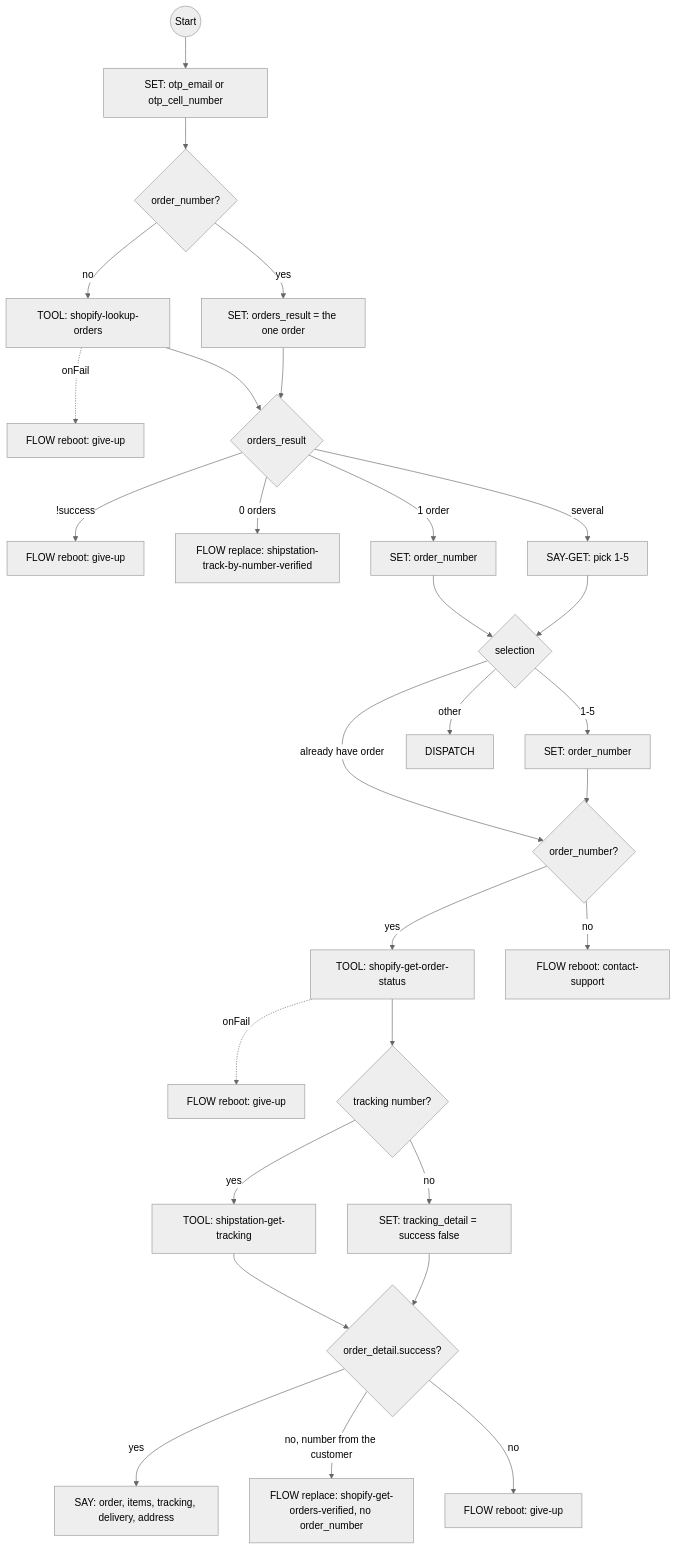
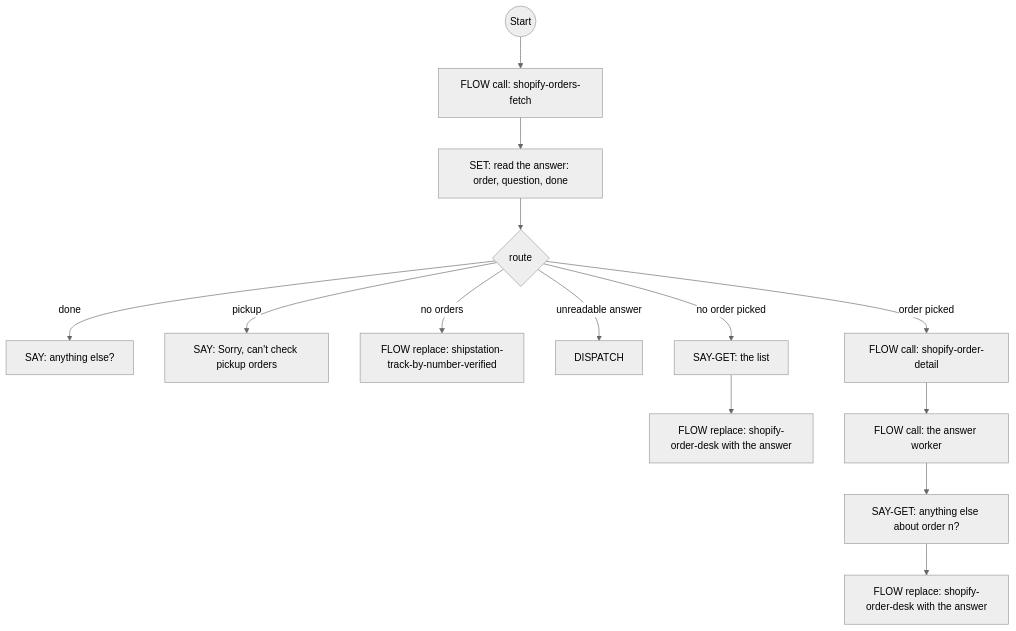
The fourth of 6 diagrams in docs/shopify-flows.md (ronpinkas/jsfe), drawn with Mermaid (neutral theme) before and after one commit. The commit also changed other lines of this file and 2 other files, not shown here.

First line of the commit message:
docs: Wrapper Flows (wraps, 1.4.0) in the user guide and the CoPilot reference; the Shopify order flows as they are now (ShopifyTrackOrder 2.3.0 with caller_name, the order desk, its fetch/detail and answer workers, the will call answer)

````diff
--- a/docs/shopify-flows.md
+++ b/docs/shopify-flows.md
@@ -260,30 +220,16 @@
 ```mermaid
 graph TD
-    start((Start)) --> set_shopify_identifier[SET: otp_email or otp_cell_number]
-    set_shopify_identifier --> has_order{order_number?}
-    has_order -->|no| lookup_orders[TOOL: shopify-lookup-orders]
-    has_order -->|yes| skip_lookup[SET: orders_result = the one order]
-    lookup_orders -.->|onFail| lookup_failed[FLOW reboot: give-up]
-    lookup_orders --> display_orders{orders_result}
-    skip_lookup --> display_orders
-    display_orders -->|!success| lookup_error[FLOW reboot: give-up]
-    display_orders -->|0 orders| no_orders[FLOW replace: shipstation-track-by-number-verified]
-    display_orders -->|1 order| single_order_auto[SET: order_number]
-    display_orders -->|several| show_orders[SAY-GET: pick 1-5]
-    single_order_auto --> handle_selection{selection}
-    show_orders --> handle_selection
-    handle_selection -->|already have order| get_specific_order{order_number?}
-    handle_selection -->|1-5| pick[SET: order_number] --> get_specific_order
-    handle_selection -->|other| finished[DISPATCH]
-    get_specific_order -->|yes| fetch_order_status[TOOL: shopify-get-order-status]
-    get_specific_order -->|no| unexpected_no_order[FLOW reboot: contact-support]
-    fetch_order_status -.->|onFail| order_detail_failed[FLOW reboot: give-up]
-    fetch_order_status --> has_tracking{tracking number?}
-    has_tracking -->|yes| call_shipstation[TOOL: shipstation-get-tracking]
-    has_tracking -->|no| no_tracking[SET: tracking_detail = success false]
-    call_shipstation --> show_order_detail{order_detail.success?}
-    no_tracking --> show_order_detail
-    show_order_detail -->|yes| display_detail[SAY: order, items, tracking, delivery, address]
-    show_order_detail -->|no, number from the customer| order_not_found_list_orders[FLOW replace: shopify-get-orders-verified, no order_number]
-    show_order_detail -->|no| order_not_found[FLOW reboot: give-up]
+    start((Start)) --> fetch[FLOW call: shopify-orders-fetch]
+    fetch --> read[SET: read the answer: order, question, done]
+    read --> route{route}
+    route -->|done| bye[SAY: anything else?]
+    route -->|pickup| pickup[SAY: Sorry, can't check pickup orders]
+    route -->|no orders| tn[FLOW replace: shipstation-track-by-number-verified]
+    route -->|unreadable answer| dispatch[DISPATCH]
+    route -->|no order picked| list[SAY-GET: the list]
+    list --> again[FLOW replace: shopify-order-desk with the answer]
+    route -->|order picked| detail[FLOW call: shopify-order-detail]
+    detail --> answer[FLOW call: the answer worker]
+    answer --> follow[SAY-GET: anything else about order n?]
+    follow --> next[FLOW replace: shopify-order-desk with the answer]
 ```
````
